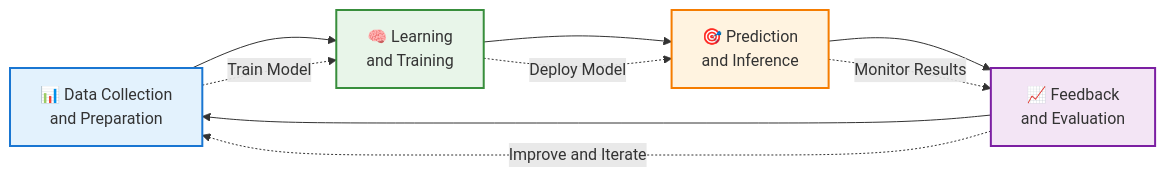
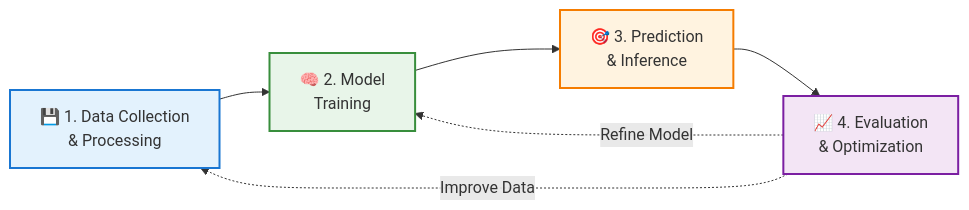
Before and after one commit to ThanhKieuVT/AIO-2026---Warm-01: the diagram in Bog 2/main_eng.md, drawn with Mermaid. The commit also changed other lines of this file and 1 other file, not shown here.

````diff
--- a/Bog 2/main_eng.md
+++ b/Bog 2/main_eng.md
@@ -15,17 +19,13 @@
 ```mermaid
 graph LR
-    A["📊 Data Collection<br/>and Preparation"] --> B["🧠 Learning<br/>and Training"]
-    B --> C["🎯 Prediction<br/>and Inference"]
-    C --> D["📈 Feedback<br/>and Evaluation"]
-    D --> A
-    
-    A -.->|Train Model| B
-    B -.->|Deploy Model| C
-    C -.->|Monitor Results| D
-    D -.->|Improve and Iterate| A
+    A["💾 1. Data Collection<br/>& Processing"] --> B["🧠 2. Model<br/>Training"]
+    B --> C["🎯 3. Prediction<br/>& Inference"]
+    C --> D["📈 4. Evaluation<br/>& Optimization"]
+    D -.->|Improve Data| A
+    D -.->|Refine Model| B
     
     style A fill:#e3f2fd,stroke:#1976d2,stroke-width:2px
     style B fill:#e8f5e9,stroke:#388e3c,stroke-width:2px
     style C fill:#fff3e0,stroke:#f57c00,stroke-width:2px
     style D fill:#f3e5f5,stroke:#7b1fa2,stroke-width:2px
-```
+ ```
````
